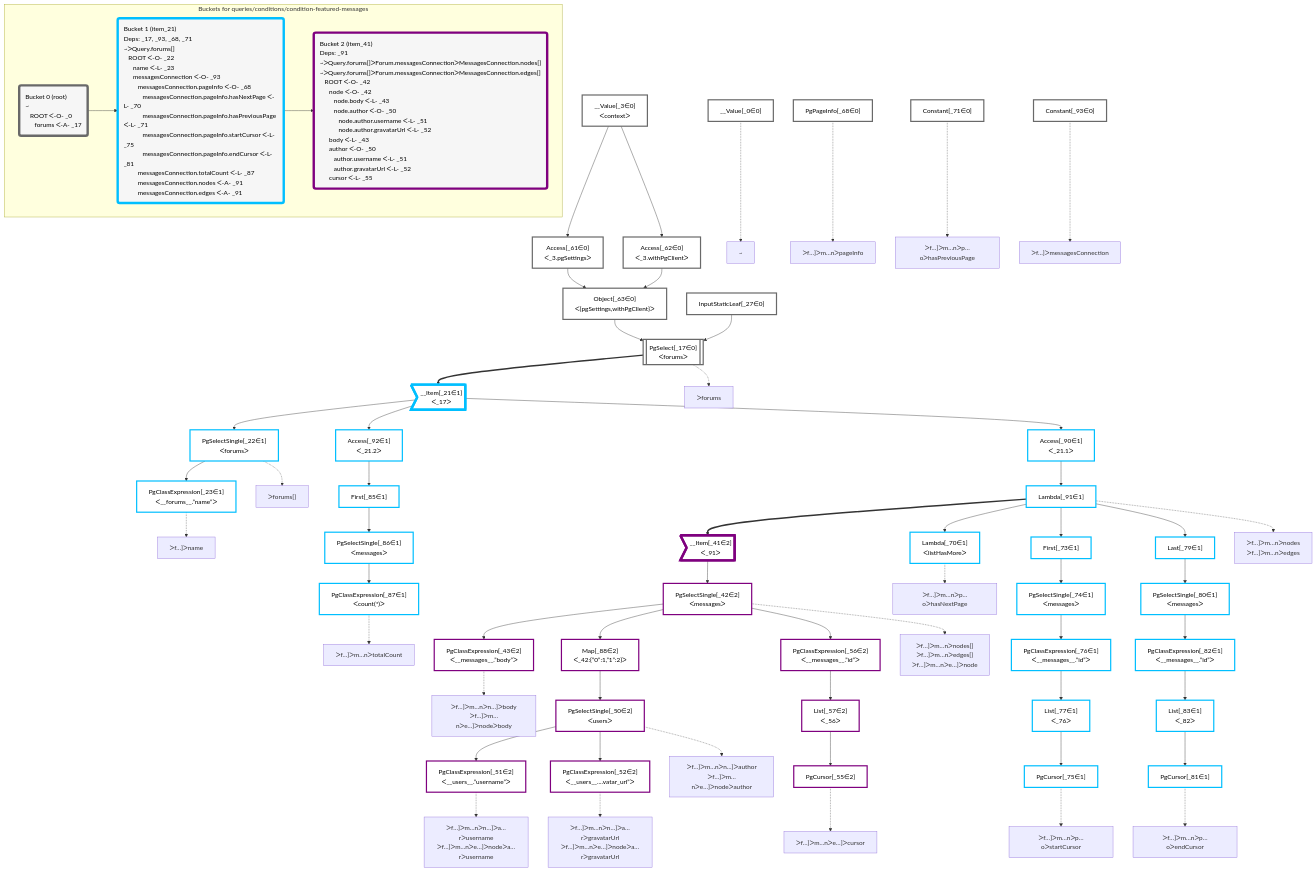
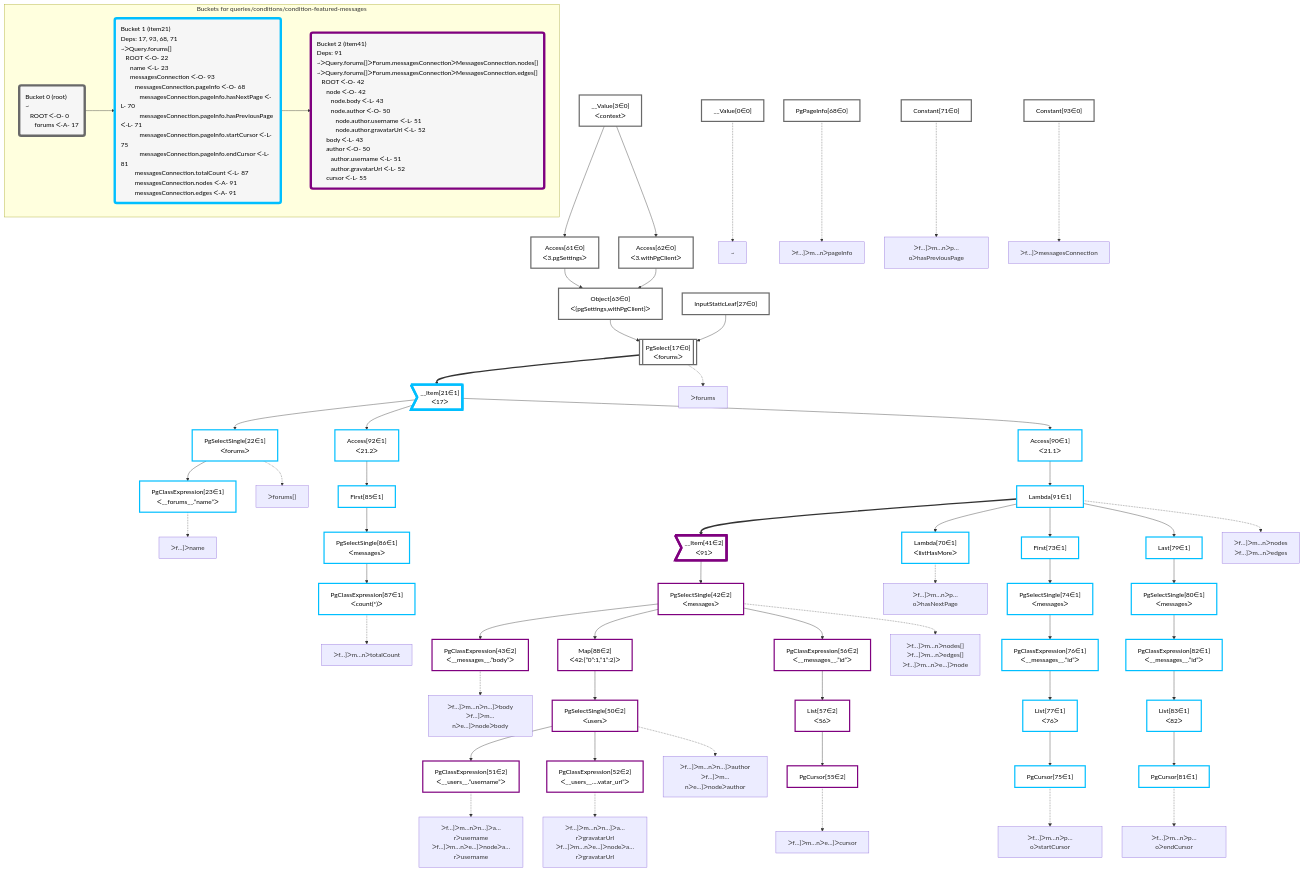
Before and after one commit to graphile/crystal: the diagram in packages/dataplan-pg/__tests__/queries/conditions/condition-featured-messages.mermaid.md, drawn with Mermaid. The commit also changed 195 other files, not shown here.

```diff
--- a/packages/dataplan-pg/__tests__/queries/conditions/condition-featured-messages.mermaid.md
+++ b/packages/dataplan-pg/__tests__/queries/conditions/condition-featured-messages.mermaid.md
@@ -8,131 +8,131 @@
 
 
     %% define plans
-    __Value_0["__Value[_0∈0]"]:::plan
-    PgClassExpression_23["PgClassExpression[_23∈1]<br />ᐸ__forums__.”name”ᐳ"]:::plan
-    PgSelectSingle_22["PgSelectSingle[_22∈1]<br />ᐸforumsᐳ"]:::plan
-    PgClassExpression_87["PgClassExpression[_87∈1]<br />ᐸcount(*)ᐳ"]:::plan
-    PgSelectSingle_86["PgSelectSingle[_86∈1]<br />ᐸmessagesᐳ"]:::plan
-    First_85["First[_85∈1]"]:::plan
-    Access_92["Access[_92∈1]<br />ᐸ_21.2ᐳ"]:::plan
-    PgClassExpression_43["PgClassExpression[_43∈2]<br />ᐸ__messages__.”body”ᐳ"]:::plan
-    PgClassExpression_51["PgClassExpression[_51∈2]<br />ᐸ__users__.”username”ᐳ"]:::plan
-    PgClassExpression_52["PgClassExpression[_52∈2]<br />ᐸ__users__....vatar_url”ᐳ"]:::plan
-    PgSelectSingle_50["PgSelectSingle[_50∈2]<br />ᐸusersᐳ"]:::plan
-    Map_88["Map[_88∈2]<br />ᐸ_42:{”0”:1,”1”:2}ᐳ"]:::plan
-    PgCursor_55["PgCursor[_55∈2]"]:::plan
-    List_57["List[_57∈2]<br />ᐸ_56ᐳ"]:::plan
-    PgClassExpression_56["PgClassExpression[_56∈2]<br />ᐸ__messages__.”id”ᐳ"]:::plan
-    PgSelectSingle_42["PgSelectSingle[_42∈2]<br />ᐸmessagesᐳ"]:::plan
-    __Item_41>"__Item[_41∈2]<br />ᐸ_91ᐳ"]:::itemplan
-    Lambda_70["Lambda[_70∈1]<br />ᐸlistHasMoreᐳ"]:::plan
-    PgCursor_75["PgCursor[_75∈1]"]:::plan
-    List_77["List[_77∈1]<br />ᐸ_76ᐳ"]:::plan
-    PgClassExpression_76["PgClassExpression[_76∈1]<br />ᐸ__messages__.”id”ᐳ"]:::plan
-    PgSelectSingle_74["PgSelectSingle[_74∈1]<br />ᐸmessagesᐳ"]:::plan
-    First_73["First[_73∈1]"]:::plan
-    PgCursor_81["PgCursor[_81∈1]"]:::plan
-    List_83["List[_83∈1]<br />ᐸ_82ᐳ"]:::plan
-    PgClassExpression_82["PgClassExpression[_82∈1]<br />ᐸ__messages__.”id”ᐳ"]:::plan
-    PgSelectSingle_80["PgSelectSingle[_80∈1]<br />ᐸmessagesᐳ"]:::plan
-    Last_79["Last[_79∈1]"]:::plan
-    Lambda_91["Lambda[_91∈1]"]:::plan
-    Access_90["Access[_90∈1]<br />ᐸ_21.1ᐳ"]:::plan
-    __Item_21>"__Item[_21∈1]<br />ᐸ_17ᐳ"]:::itemplan
-    PgSelect_17[["PgSelect[_17∈0]<br />ᐸforumsᐳ"]]:::plan
-    Object_63["Object[_63∈0]<br />ᐸ{pgSettings,withPgClient}ᐳ"]:::plan
-    Access_61["Access[_61∈0]<br />ᐸ_3.pgSettingsᐳ"]:::plan
-    Access_62["Access[_62∈0]<br />ᐸ_3.withPgClientᐳ"]:::plan
-    __Value_3["__Value[_3∈0]<br />ᐸcontextᐳ"]:::plan
-    InputStaticLeaf_27["InputStaticLeaf[_27∈0]"]:::plan
-    Constant_93["Constant[_93∈0]"]:::plan
-    PgPageInfo_68["PgPageInfo[_68∈0]"]:::plan
-    Constant_71["Constant[_71∈0]"]:::plan
+    __Value0["__Value[0∈0]"]:::plan
+    PgClassExpression23["PgClassExpression[23∈1]<br />ᐸ__forums__.”name”ᐳ"]:::plan
+    PgSelectSingle22["PgSelectSingle[22∈1]<br />ᐸforumsᐳ"]:::plan
+    PgClassExpression87["PgClassExpression[87∈1]<br />ᐸcount(*)ᐳ"]:::plan
+    PgSelectSingle86["PgSelectSingle[86∈1]<br />ᐸmessagesᐳ"]:::plan
+    First85["First[85∈1]"]:::plan
+    Access92["Access[92∈1]<br />ᐸ21.2ᐳ"]:::plan
+    PgClassExpression43["PgClassExpression[43∈2]<br />ᐸ__messages__.”body”ᐳ"]:::plan
+    PgClassExpression51["PgClassExpression[51∈2]<br />ᐸ__users__.”username”ᐳ"]:::plan
+    PgClassExpression52["PgClassExpression[52∈2]<br />ᐸ__users__....vatar_url”ᐳ"]:::plan
+    PgSelectSingle50["PgSelectSingle[50∈2]<br />ᐸusersᐳ"]:::plan
+    Map88["Map[88∈2]<br />ᐸ42:{”0”:1,”1”:2}ᐳ"]:::plan
+    PgCursor55["PgCursor[55∈2]"]:::plan
+    List57["List[57∈2]<br />ᐸ56ᐳ"]:::plan
+    PgClassExpression56["PgClassExpression[56∈2]<br />ᐸ__messages__.”id”ᐳ"]:::plan
+    PgSelectSingle42["PgSelectSingle[42∈2]<br />ᐸmessagesᐳ"]:::plan
+    __Item41>"__Item[41∈2]<br />ᐸ91ᐳ"]:::itemplan
+    Lambda70["Lambda[70∈1]<br />ᐸlistHasMoreᐳ"]:::plan
+    PgCursor75["PgCursor[75∈1]"]:::plan
+    List77["List[77∈1]<br />ᐸ76ᐳ"]:::plan
+    PgClassExpression76["PgClassExpression[76∈1]<br />ᐸ__messages__.”id”ᐳ"]:::plan
+    PgSelectSingle74["PgSelectSingle[74∈1]<br />ᐸmessagesᐳ"]:::plan
+    First73["First[73∈1]"]:::plan
+    PgCursor81["PgCursor[81∈1]"]:::plan
+    List83["List[83∈1]<br />ᐸ82ᐳ"]:::plan
+    PgClassExpression82["PgClassExpression[82∈1]<br />ᐸ__messages__.”id”ᐳ"]:::plan
+    PgSelectSingle80["PgSelectSingle[80∈1]<br />ᐸmessagesᐳ"]:::plan
+    Last79["Last[79∈1]"]:::plan
+    Lambda91["Lambda[91∈1]"]:::plan
+    Access90["Access[90∈1]<br />ᐸ21.1ᐳ"]:::plan
+    __Item21>"__Item[21∈1]<br />ᐸ17ᐳ"]:::itemplan
+    PgSelect17[["PgSelect[17∈0]<br />ᐸforumsᐳ"]]:::plan
+    Object63["Object[63∈0]<br />ᐸ{pgSettings,withPgClient}ᐳ"]:::plan
+    Access61["Access[61∈0]<br />ᐸ3.pgSettingsᐳ"]:::plan
+    Access62["Access[62∈0]<br />ᐸ3.withPgClientᐳ"]:::plan
+    __Value3["__Value[3∈0]<br />ᐸcontextᐳ"]:::plan
+    InputStaticLeaf27["InputStaticLeaf[27∈0]"]:::plan
+    Constant93["Constant[93∈0]"]:::plan
+    PgPageInfo68["PgPageInfo[68∈0]"]:::plan
+    Constant71["Constant[71∈0]"]:::plan
 
     %% plan dependencies
-    PgSelectSingle_22 --> PgClassExpression_23
-    __Item_21 --> PgSelectSingle_22
-    PgSelectSingle_86 --> PgClassExpression_87
-    First_85 --> PgSelectSingle_86
-    Access_92 --> First_85
-    __Item_21 --> Access_92
-    PgSelectSingle_42 --> PgClassExpression_43
-    PgSelectSingle_50 --> PgClassExpression_51
-    PgSelectSingle_50 --> PgClassExpression_52
-    Map_88 --> PgSelectSingle_50
-    PgSelectSingle_42 --> Map_88
-    List_57 --> PgCursor_55
-    PgClassExpression_56 --> List_57
-    PgSelectSingle_42 --> PgClassExpression_56
-    __Item_41 --> PgSelectSingle_42
-    Lambda_91 ==> __Item_41
-    Lambda_91 --> Lambda_70
-    List_77 --> PgCursor_75
-    PgClassExpression_76 --> List_77
-    PgSelectSingle_74 --> PgClassExpression_76
-    First_73 --> PgSelectSingle_74
-    Lambda_91 --> First_73
-    List_83 --> PgCursor_81
-    PgClassExpression_82 --> List_83
-    PgSelectSingle_80 --> PgClassExpression_82
-    Last_79 --> PgSelectSingle_80
-    Lambda_91 --> Last_79
-    Access_90 --> Lambda_91
-    __Item_21 --> Access_90
-    PgSelect_17 ==> __Item_21
-    Object_63 & InputStaticLeaf_27 --> PgSelect_17
-    Access_61 & Access_62 --> Object_63
-    __Value_3 --> Access_61
-    __Value_3 --> Access_62
+    PgSelectSingle22 --> PgClassExpression23
+    __Item21 --> PgSelectSingle22
+    PgSelectSingle86 --> PgClassExpression87
+    First85 --> PgSelectSingle86
+    Access92 --> First85
+    __Item21 --> Access92
+    PgSelectSingle42 --> PgClassExpression43
+    PgSelectSingle50 --> PgClassExpression51
+    PgSelectSingle50 --> PgClassExpression52
+    Map88 --> PgSelectSingle50
+    PgSelectSingle42 --> Map88
+    List57 --> PgCursor55
+    PgClassExpression56 --> List57
+    PgSelectSingle42 --> PgClassExpression56
+    __Item41 --> PgSelectSingle42
+    Lambda91 ==> __Item41
+    Lambda91 --> Lambda70
+    List77 --> PgCursor75
+    PgClassExpression76 --> List77
+    PgSelectSingle74 --> PgClassExpression76
+    First73 --> PgSelectSingle74
+    Lambda91 --> First73
+    List83 --> PgCursor81
+    PgClassExpression82 --> List83
+    PgSelectSingle80 --> PgClassExpression82
+    Last79 --> PgSelectSingle80
+    Lambda91 --> Last79
+    Access90 --> Lambda91
+    __Item21 --> Access90
+    PgSelect17 ==> __Item21
+    Object63 & InputStaticLeaf27 --> PgSelect17
+    Access61 & Access62 --> Object63
+    __Value3 --> Access61
+    __Value3 --> Access62
 
     %% plan-to-path relationships
-    P_0["~"]
-    __Value_0 -.-> P_0
-    P_17["ᐳforums"]
-    PgSelect_17 -.-> P_17
-    P_22["ᐳforums[]"]
-    PgSelectSingle_22 -.-> P_22
-    P_23["ᐳf…]ᐳname"]
-    PgClassExpression_23 -.-> P_23
-    P_42["ᐳf…]ᐳm…nᐳnodes[]<br />ᐳf…]ᐳm…nᐳedges[]<br />ᐳf…]ᐳm…nᐳe…]ᐳnode"]
-    PgSelectSingle_42 -.-> P_42
-    P_43["ᐳf…]ᐳm…nᐳn…]ᐳbody<br />ᐳf…]ᐳm…nᐳe…]ᐳnodeᐳbody"]
-    PgClassExpression_43 -.-> P_43
-    P_50["ᐳf…]ᐳm…nᐳn…]ᐳauthor<br />ᐳf…]ᐳm…nᐳe…]ᐳnodeᐳauthor"]
-    PgSelectSingle_50 -.-> P_50
-    P_51["ᐳf…]ᐳm…nᐳn…]ᐳa…rᐳusername<br />ᐳf…]ᐳm…nᐳe…]ᐳnodeᐳa…rᐳusername"]
-    PgClassExpression_51 -.-> P_51
-    P_52["ᐳf…]ᐳm…nᐳn…]ᐳa…rᐳgravatarUrl<br />ᐳf…]ᐳm…nᐳe…]ᐳnodeᐳa…rᐳgravatarUrl"]
-    PgClassExpression_52 -.-> P_52
-    P_55["ᐳf…]ᐳm…nᐳe…]ᐳcursor"]
-    PgCursor_55 -.-> P_55
-    P_68["ᐳf…]ᐳm…nᐳpageInfo"]
-    PgPageInfo_68 -.-> P_68
-    P_70["ᐳf…]ᐳm…nᐳp…oᐳhasNextPage"]
-    Lambda_70 -.-> P_70
-    P_71["ᐳf…]ᐳm…nᐳp…oᐳhasPreviousPage"]
-    Constant_71 -.-> P_71
-    P_75["ᐳf…]ᐳm…nᐳp…oᐳstartCursor"]
-    PgCursor_75 -.-> P_75
-    P_81["ᐳf…]ᐳm…nᐳp…oᐳendCursor"]
-    PgCursor_81 -.-> P_81
-    P_87["ᐳf…]ᐳm…nᐳtotalCount"]
-    PgClassExpression_87 -.-> P_87
-    P_91["ᐳf…]ᐳm…nᐳnodes<br />ᐳf…]ᐳm…nᐳedges"]
-    Lambda_91 -.-> P_91
-    P_93["ᐳf…]ᐳmessagesConnection"]
-    Constant_93 -.-> P_93
+    P0["~"]
+    __Value0 -.-> P0
+    P17["ᐳforums"]
+    PgSelect17 -.-> P17
+    P22["ᐳforums[]"]
+    PgSelectSingle22 -.-> P22
+    P23["ᐳf…]ᐳname"]
+    PgClassExpression23 -.-> P23
+    P42["ᐳf…]ᐳm…nᐳnodes[]<br />ᐳf…]ᐳm…nᐳedges[]<br />ᐳf…]ᐳm…nᐳe…]ᐳnode"]
+    PgSelectSingle42 -.-> P42
+    P43["ᐳf…]ᐳm…nᐳn…]ᐳbody<br />ᐳf…]ᐳm…nᐳe…]ᐳnodeᐳbody"]
+    PgClassExpression43 -.-> P43
+    P50["ᐳf…]ᐳm…nᐳn…]ᐳauthor<br />ᐳf…]ᐳm…nᐳe…]ᐳnodeᐳauthor"]
+    PgSelectSingle50 -.-> P50
+    P51["ᐳf…]ᐳm…nᐳn…]ᐳa…rᐳusername<br />ᐳf…]ᐳm…nᐳe…]ᐳnodeᐳa…rᐳusername"]
+    PgClassExpression51 -.-> P51
+    P52["ᐳf…]ᐳm…nᐳn…]ᐳa…rᐳgravatarUrl<br />ᐳf…]ᐳm…nᐳe…]ᐳnodeᐳa…rᐳgravatarUrl"]
+    PgClassExpression52 -.-> P52
+    P55["ᐳf…]ᐳm…nᐳe…]ᐳcursor"]
+    PgCursor55 -.-> P55
+    P68["ᐳf…]ᐳm…nᐳpageInfo"]
+    PgPageInfo68 -.-> P68
+    P70["ᐳf…]ᐳm…nᐳp…oᐳhasNextPage"]
+    Lambda70 -.-> P70
+    P71["ᐳf…]ᐳm…nᐳp…oᐳhasPreviousPage"]
+    Constant71 -.-> P71
+    P75["ᐳf…]ᐳm…nᐳp…oᐳstartCursor"]
+    PgCursor75 -.-> P75
+    P81["ᐳf…]ᐳm…nᐳp…oᐳendCursor"]
+    PgCursor81 -.-> P81
+    P87["ᐳf…]ᐳm…nᐳtotalCount"]
+    PgClassExpression87 -.-> P87
+    P91["ᐳf…]ᐳm…nᐳnodes<br />ᐳf…]ᐳm…nᐳedges"]
+    Lambda91 -.-> P91
+    P93["ᐳf…]ᐳmessagesConnection"]
+    Constant93 -.-> P93
 
     subgraph "Buckets for queries/conditions/condition-featured-messages"
-    Bucket0("Bucket 0 (root)<br />~<br />⠀ROOT ᐸ-O- _0<br />⠀⠀forums ᐸ-A- _17"):::bucket
+    Bucket0("Bucket 0 (root)<br />~<br />⠀ROOT ᐸ-O- 0<br />⠀⠀forums ᐸ-A- 17"):::bucket
     classDef bucket0 stroke:#696969
-    class Bucket0,__Value_0,__Value_3,PgSelect_17,InputStaticLeaf_27,Access_61,Access_62,Object_63,PgPageInfo_68,Constant_71,Constant_93 bucket0
-    Bucket1("Bucket 1 (item_21)<br />Deps: _17, _93, _68, _71<br />~ᐳQuery.forums[]<br />⠀ROOT ᐸ-O- _22<br />⠀⠀name ᐸ-L- _23<br />⠀⠀messagesConnection ᐸ-O- _93<br />⠀⠀⠀messagesConnection.pageInfo ᐸ-O- _68<br />⠀⠀⠀⠀messagesConnection.pageInfo.hasNextPage ᐸ-L- _70<br />⠀⠀⠀⠀messagesConnection.pageInfo.hasPreviousPage ᐸ-L- _71<br />⠀⠀⠀⠀messagesConnection.pageInfo.startCursor ᐸ-L- _75<br />⠀⠀⠀⠀messagesConnection.pageInfo.endCursor ᐸ-L- _81<br />⠀⠀⠀messagesConnection.totalCount ᐸ-L- _87<br />⠀⠀⠀messagesConnection.nodes ᐸ-A- _91<br />⠀⠀⠀messagesConnection.edges ᐸ-A- _91"):::bucket
+    class Bucket0,__Value0,__Value3,PgSelect17,InputStaticLeaf27,Access61,Access62,Object63,PgPageInfo68,Constant71,Constant93 bucket0
+    Bucket1("Bucket 1 (item21)<br />Deps: 17, 93, 68, 71<br />~ᐳQuery.forums[]<br />⠀ROOT ᐸ-O- 22<br />⠀⠀name ᐸ-L- 23<br />⠀⠀messagesConnection ᐸ-O- 93<br />⠀⠀⠀messagesConnection.pageInfo ᐸ-O- 68<br />⠀⠀⠀⠀messagesConnection.pageInfo.hasNextPage ᐸ-L- 70<br />⠀⠀⠀⠀messagesConnection.pageInfo.hasPreviousPage ᐸ-L- 71<br />⠀⠀⠀⠀messagesConnection.pageInfo.startCursor ᐸ-L- 75<br />⠀⠀⠀⠀messagesConnection.pageInfo.endCursor ᐸ-L- 81<br />⠀⠀⠀messagesConnection.totalCount ᐸ-L- 87<br />⠀⠀⠀messagesConnection.nodes ᐸ-A- 91<br />⠀⠀⠀messagesConnection.edges ᐸ-A- 91"):::bucket
     classDef bucket1 stroke:#00bfff
-    class Bucket1,__Item_21,PgSelectSingle_22,PgClassExpression_23,Lambda_70,First_73,PgSelectSingle_74,PgCursor_75,PgClassExpression_76,List_77,Last_79,PgSelectSingle_80,PgCursor_81,PgClassExpression_82,List_83,First_85,PgSelectSingle_86,PgClassExpression_87,Access_90,Lambda_91,Access_92 bucket1
-    Bucket2("Bucket 2 (item_41)<br />Deps: _91<br />~ᐳQuery.forums[]ᐳForum.messagesConnectionᐳMessagesConnection.nodes[]<br />~ᐳQuery.forums[]ᐳForum.messagesConnectionᐳMessagesConnection.edges[]<br />⠀ROOT ᐸ-O- _42<br />⠀⠀node ᐸ-O- _42<br />⠀⠀⠀node.body ᐸ-L- _43<br />⠀⠀⠀node.author ᐸ-O- _50<br />⠀⠀⠀⠀node.author.username ᐸ-L- _51<br />⠀⠀⠀⠀node.author.gravatarUrl ᐸ-L- _52<br />⠀⠀body ᐸ-L- _43<br />⠀⠀author ᐸ-O- _50<br />⠀⠀⠀author.username ᐸ-L- _51<br />⠀⠀⠀author.gravatarUrl ᐸ-L- _52<br />⠀⠀cursor ᐸ-L- _55"):::bucket
+    class Bucket1,__Item21,PgSelectSingle22,PgClassExpression23,Lambda70,First73,PgSelectSingle74,PgCursor75,PgClassExpression76,List77,Last79,PgSelectSingle80,PgCursor81,PgClassExpression82,List83,First85,PgSelectSingle86,PgClassExpression87,Access90,Lambda91,Access92 bucket1
+    Bucket2("Bucket 2 (item41)<br />Deps: 91<br />~ᐳQuery.forums[]ᐳForum.messagesConnectionᐳMessagesConnection.nodes[]<br />~ᐳQuery.forums[]ᐳForum.messagesConnectionᐳMessagesConnection.edges[]<br />⠀ROOT ᐸ-O- 42<br />⠀⠀node ᐸ-O- 42<br />⠀⠀⠀node.body ᐸ-L- 43<br />⠀⠀⠀node.author ᐸ-O- 50<br />⠀⠀⠀⠀node.author.username ᐸ-L- 51<br />⠀⠀⠀⠀node.author.gravatarUrl ᐸ-L- 52<br />⠀⠀body ᐸ-L- 43<br />⠀⠀author ᐸ-O- 50<br />⠀⠀⠀author.username ᐸ-L- 51<br />⠀⠀⠀author.gravatarUrl ᐸ-L- 52<br />⠀⠀cursor ᐸ-L- 55"):::bucket
     classDef bucket2 stroke:#7f007f
-    class Bucket2,__Item_41,PgSelectSingle_42,PgClassExpression_43,PgSelectSingle_50,PgClassExpression_51,PgClassExpression_52,PgCursor_55,PgClassExpression_56,List_57,Map_88 bucket2
+    class Bucket2,__Item41,PgSelectSingle42,PgClassExpression43,PgSelectSingle50,PgClassExpression51,PgClassExpression52,PgCursor55,PgClassExpression56,List57,Map88 bucket2
     Bucket0 --> Bucket1
     Bucket1 --> Bucket2
     end
```
